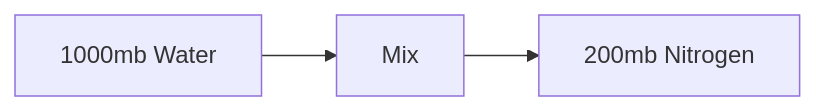
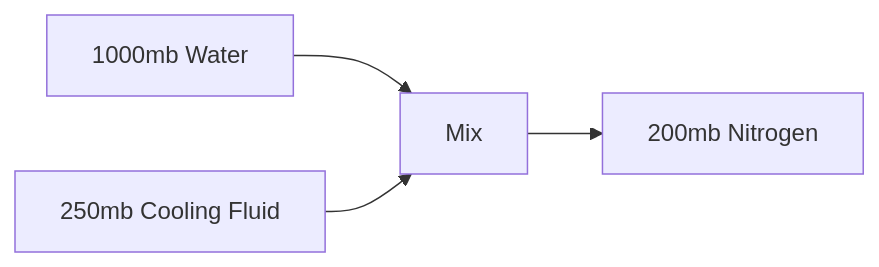
One commit to cybutr/kubejs changed diagram 23 of 59 in recipes.md. Above: the diagram before and after it, drawn with Mermaid. The commit also changed other lines of this file and 28 other files, not shown here.

````diff
--- a/recipes.md
+++ b/recipes.md
@@ -125,6 +203,7 @@
 ```mermaid
 graph LR
     f0["1000mb Water"] --> M
+    f1["250mb Cooling Fluid"] --> M
     M[Mix]
     M --> out0["200mb Nitrogen"]
 ```
````
